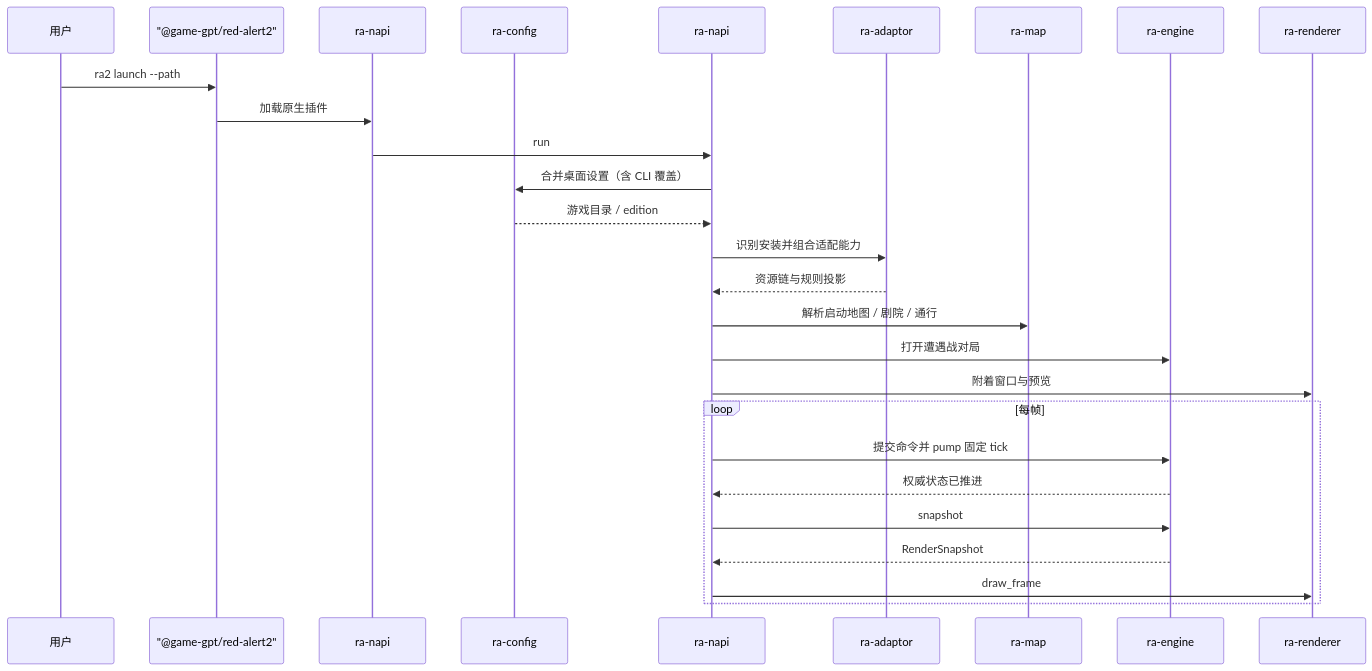
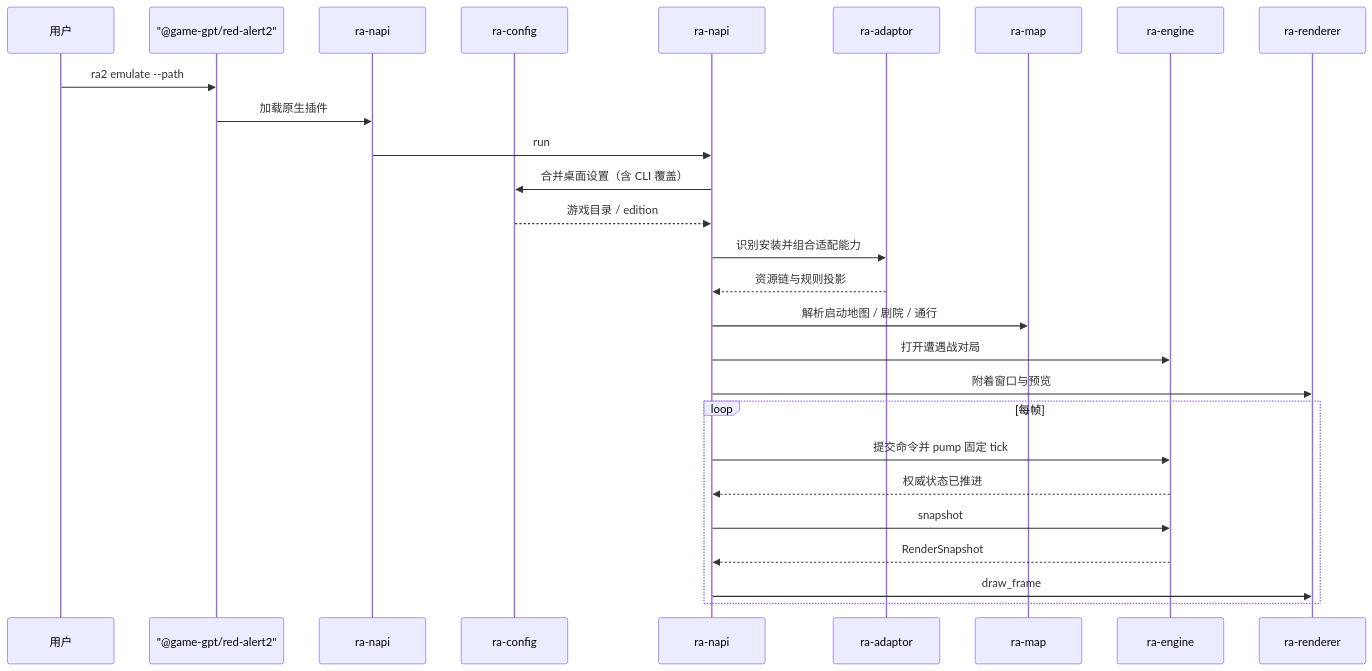
The first of 3 diagrams in readme.md (rust-alert/ra2.exe), drawn with Mermaid before and after one commit. The commit also changed other lines of this file and 18 other files, not shown here.

First line of the commit message:
♻️ Rename product CLI entry from `launch` to `emulate`

````diff
--- a/readme.md
+++ b/readme.md
@@ -115,29 +115,29 @@
 ```mermaid
 sequenceDiagram
     participant User as 用户
     participant Host as "@game-gpt/red-alert2"
     participant Napi as ra-napi
     participant Cfg as ra-config
     participant Desk as ra-napi
     participant Ad as ra-adaptor
     participant Map as ra-map
     participant Eng as ra-engine
     participant Ren as ra-renderer
-    User ->> Host: ra2 launch --path
+    User ->> Host: ra2 emulate --path
     Host ->> Napi: 加载原生插件
     Napi ->> Desk: run
     Desk ->> Cfg: 合并桌面设置（含 CLI 覆盖）
     Cfg -->> Desk: 游戏目录 / edition
     Desk ->> Ad: 识别安装并组合适配能力
     Ad -->> Desk: 资源链与规则投影
     Desk ->> Map: 解析启动地图 / 剧院 / 通行
     Desk ->> Eng: 打开遭遇战对局
     Desk ->> Ren: 附着窗口与预览
     loop 每帧
         Desk ->> Eng: 提交命令并 pump 固定 tick
         Eng -->> Desk: 权威状态已推进
         Desk ->> Eng: snapshot
         Eng -->> Desk: RenderSnapshot
         Desk ->> Ren: draw_frame
     end
 ```
````
